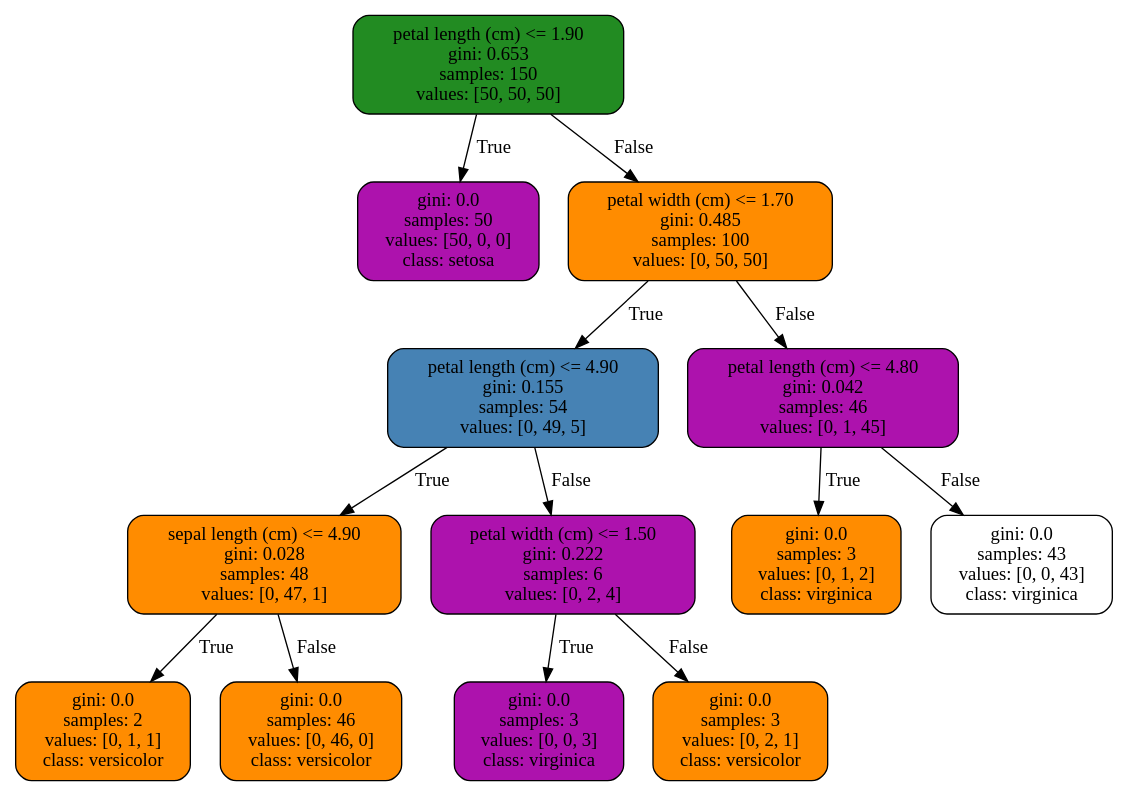
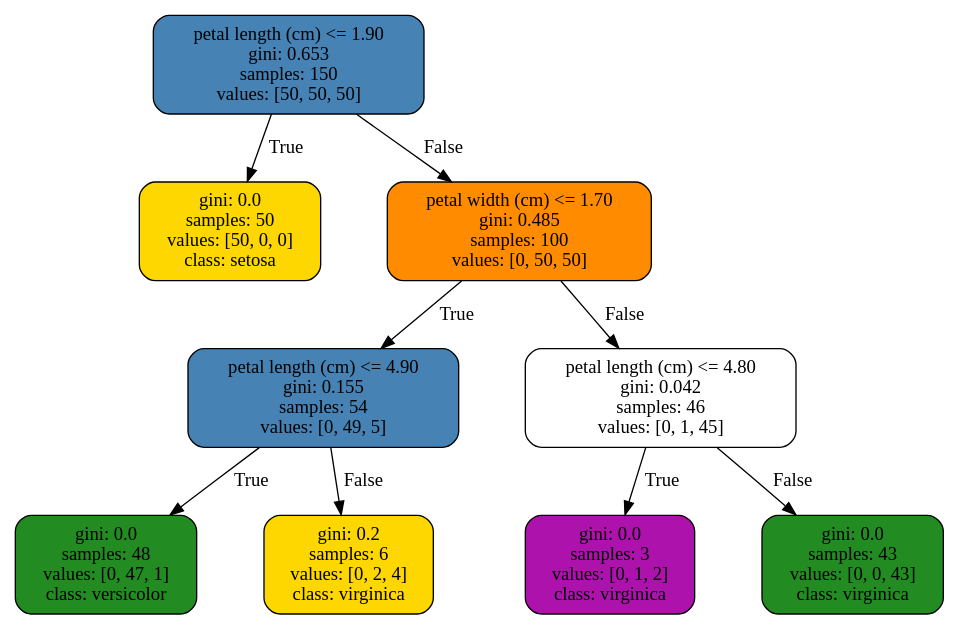
One commit to saparbayev-azizbek-12/bi-and-ai-talents-ml changed the diagram in lesson-11/source/custom_tree.dot. Above: the diagram before and after it, drawn with Graphviz. The commit also changed 8 other files, not shown here.

```diff
--- a/lesson-11/source/custom_tree.dot
+++ b/lesson-11/source/custom_tree.dot
@@ -1,175 +1,123 @@
 digraph {
-	graph [bb="0,0,671.38,580",
-		nodesep=0.3,
+	graph [bb="0,0,587,453.5",
+		nodesep=0.7,
 		rankdir=TB,
 		ranksep=0.5,
 		splines=false
 	];
 	node [label="\N"];
-	0	[fillcolor="#228B22",
+	0	[fillcolor="#4682B4",
 		height=1.0278,
 		label="petal length (cm) <= 1.90
 gini: 0.653
 samples: 150
 values: [50, 50, 50]",
-		pos="290.88,543",
+		pos="174.5,416.5",
 		shape=rectangle,
 		style="rounded,filled",
 		width=2.191];
-	1	[fillcolor="#AD12AD",
+	1	[fillcolor="#FFD700",
 		height=1.0278,
 		label="gini: 0.0
 samples: 50
 values: [50, 0, 0]
 class: setosa",
-		pos="264.88,416.5",
+		pos="134.5,290",
 		shape=rectangle,
 		style="rounded,filled",
 		width=1.5139];
 	0 -> 1	[label=True,
-		lp="292.18,479.75",
-		pos="e,272.43,453.68 283.28,505.65 280.61,492.87 277.57,478.31 274.74,464.76"];
+		lp="169.64,353.25",
+		pos="e,146.12,327.18 162.82,379.15 158.67,366.24 153.94,351.52 149.55,337.85"];
 	2	[fillcolor="#FF8C00",
 		height=1.0278,
 		label="petal width (cm) <= 1.70
 gini: 0.485
 samples: 100
 values: [0, 50, 50]",
-		pos="418.88,416.5",
+		pos="316.5,290",
 		shape=rectangle,
 		style="rounded,filled",
 		width=2.1493];
 	0 -> 2	[label=False,
-		lp="376.79,479.75",
-		pos="e,381.68,453.68 328.24,505.65 342.44,491.85 358.76,475.97 373.61,461.53"];
+		lp="268.25,353.25",
+		pos="e,275.24,327.18 215.95,379.15 231.85,365.22 250.15,349.18 266.74,334.63"];
 	3	[fillcolor="#4682B4",
 		height=1.0278,
 		label="petal length (cm) <= 4.90
 gini: 0.155
 samples: 54
 values: [0, 49, 5]",
-		pos="312.88,290",
+		pos="196.5,163.5",
 		shape=rectangle,
 		style="rounded,filled",
 		width=2.191];
 	2 -> 3	[label=True,
-		lp="384.97,353.25",
-		pos="e,343.67,327.18 387.93,379.15 376.39,365.6 363.16,350.06 351.05,335.83"];
-	10	[fillcolor="#AD12AD",
+		lp="276.43,226.75",
+		pos="e,231.37,200.68 281.47,252.65 268.28,238.98 253.14,223.26 239.32,208.93"];
+	6	[fillcolor="#FFFFFF",
 		height=1.0278,
 		label="petal length (cm) <= 4.80
 gini: 0.042
 samples: 46
 values: [0, 1, 45]",
-		pos="492.88,290",
+		pos="404.5,163.5",
 		shape=rectangle,
 		style="rounded,filled",
 		width=2.191];
-	2 -> 10	[label=False,
-		lp="474.56,353.25",
-		pos="e,471.37,327.18 440.48,379.15 448.3,365.99 457.25,350.94 465.51,337.04"];
-	4	[fillcolor="#FF8C00",
-		height=1.0278,
-		label="sepal length (cm) <= 4.90
-gini: 0.028
-samples: 48
-values: [0, 47, 1]",
-		pos="154.88,163.5",
-		shape=rectangle,
-		style="rounded,filled",
-		width=2.2118];
-	3 -> 4	[label=True,
-		lp="256.08,226.75",
-		pos="e,201.06,200.89 266.75,252.65 248.98,238.65 228.51,222.52 209.98,207.92"];
-	7	[fillcolor="#AD12AD",
-		height=1.0278,
-		label="petal width (cm) <= 1.50
-gini: 0.222
-samples: 6
-values: [0, 2, 4]",
-		pos="333.88,163.5",
-		shape=rectangle,
-		style="rounded,filled",
-		width=2.1493];
-	3 -> 7	[label=False,
-		lp="338.88,226.75",
-		pos="e,327.77,200.68 319.01,252.65 321.16,239.87 323.62,225.31 325.9,211.76"];
-	5	[fillcolor="#FF8C00",
+	2 -> 6	[label=False,
+		lp="380.02,226.75",
+		pos="e,378.93,200.68 342.19,252.65 351.68,239.23 362.55,223.85 372.53,209.74"];
+	4	[fillcolor="#228B22",
 		height=1.0278,
 		label="gini: 0.0
-samples: 2
-values: [0, 1, 1]
+samples: 48
+values: [0, 47, 1]
 class: versicolor",
-		pos="51.875,37",
-		shape=rectangle,
-		style="rounded,filled",
-		width=1.441];
-	4 -> 5	[label=True,
-		lp="122.29,100.25",
-		pos="e,81.803,74.175 124.81,126.15 113.59,112.6 100.73,97.058 88.965,82.832"];
-	6	[fillcolor="#FF8C00",
-		height=1.0278,
-		label="gini: 0.0
-samples: 46
-values: [0, 46, 0]
-class: versicolor",
-		pos="179.88,37",
+		pos="54.5,37",
 		shape=rectangle,
 		style="rounded,filled",
 		width=1.5139];
-	4 -> 6	[label=False,
-		lp="183.12,100.25",
-		pos="e,172.61,74.175 162.17,126.15 164.74,113.37 167.66,98.811 170.39,85.26"];
-	8	[fillcolor="#AD12AD",
+	3 -> 4	[label=True,
+		lp="146.75,100.25",
+		pos="e,95.76,74.175 155.05,126.15 139.15,112.22 120.85,96.176 104.26,81.628"];
+	5	[fillcolor="#FFD700",
 		height=1.0278,
-		label="gini: 0.0
-samples: 3
-values: [0, 0, 3]
+		label="gini: 0.2
+samples: 6
+values: [0, 2, 4]
 class: virginica",
-		pos="320.88,37",
+		pos="210.5,37",
 		shape=rectangle,
 		style="rounded,filled",
 		width=1.4201];
-	7 -> 8	[label=True,
-		lp="340.9,100.25",
-		pos="e,324.65,74.175 330.08,126.15 328.74,113.37 327.22,98.811 325.81,85.26"];
-	9	[fillcolor="#FF8C00",
-		height=1.0278,
-		label="gini: 0.0
-samples: 3
-values: [0, 2, 1]
-class: versicolor",
-		pos="445.88,37",
-		shape=rectangle,
-		style="rounded,filled",
-		width=1.441];
-	7 -> 9	[label=False,
-		lp="410.83,100.25",
-		pos="e,413.33,74.175 366.57,126.15 378.88,112.48 393.01,96.764 405.91,82.43"];
-	11	[fillcolor="#FF8C00",
+	3 -> 5	[label=False,
+		lp="218.59,100.25",
+		pos="e,206.43,74.175 200.59,126.15 202.02,113.37 203.66,98.811 205.19,85.26"];
+	7	[fillcolor="#AD12AD",
 		height=1.0278,
 		label="gini: 0.0
 samples: 3
 values: [0, 1, 2]
 class: virginica",
-		pos="488.88,163.5",
+		pos="376.5,37",
 		shape=rectangle,
 		style="rounded,filled",
 		width=1.4201];
-	10 -> 11	[label=True,
-		lp="503.86,226.75",
-		pos="e,490.04,200.68 491.71,252.65 491.3,240 490.84,225.6 490.41,212.17"];
-	12	[fillcolor="#FFFFFF",
+	6 -> 7	[label=True,
+		lp="404.93,100.25",
+		pos="e,384.64,74.175 396.33,126.15 393.45,113.37 390.18,98.811 387.13,85.26"];
+	8	[fillcolor="#228B22",
 		height=1.0278,
 		label="gini: 0.0
 samples: 43
 values: [0, 0, 43]
 class: virginica",
-		pos="616.88,163.5",
+		pos="532.5,37",
 		shape=rectangle,
 		style="rounded,filled",
 		width=1.5139];
-	10 -> 12	[label=False,
-		lp="576.55,226.75",
-		pos="e,580.85,200.68 529.07,252.65 542.83,238.85 558.64,222.97 573.02,208.53"];
+	6 -> 8	[label=False,
+		lp="490.41,100.25",
+		pos="e,495.31,74.175 441.87,126.15 456.06,112.35 472.39,96.471 487.23,82.029"];
 }
```
